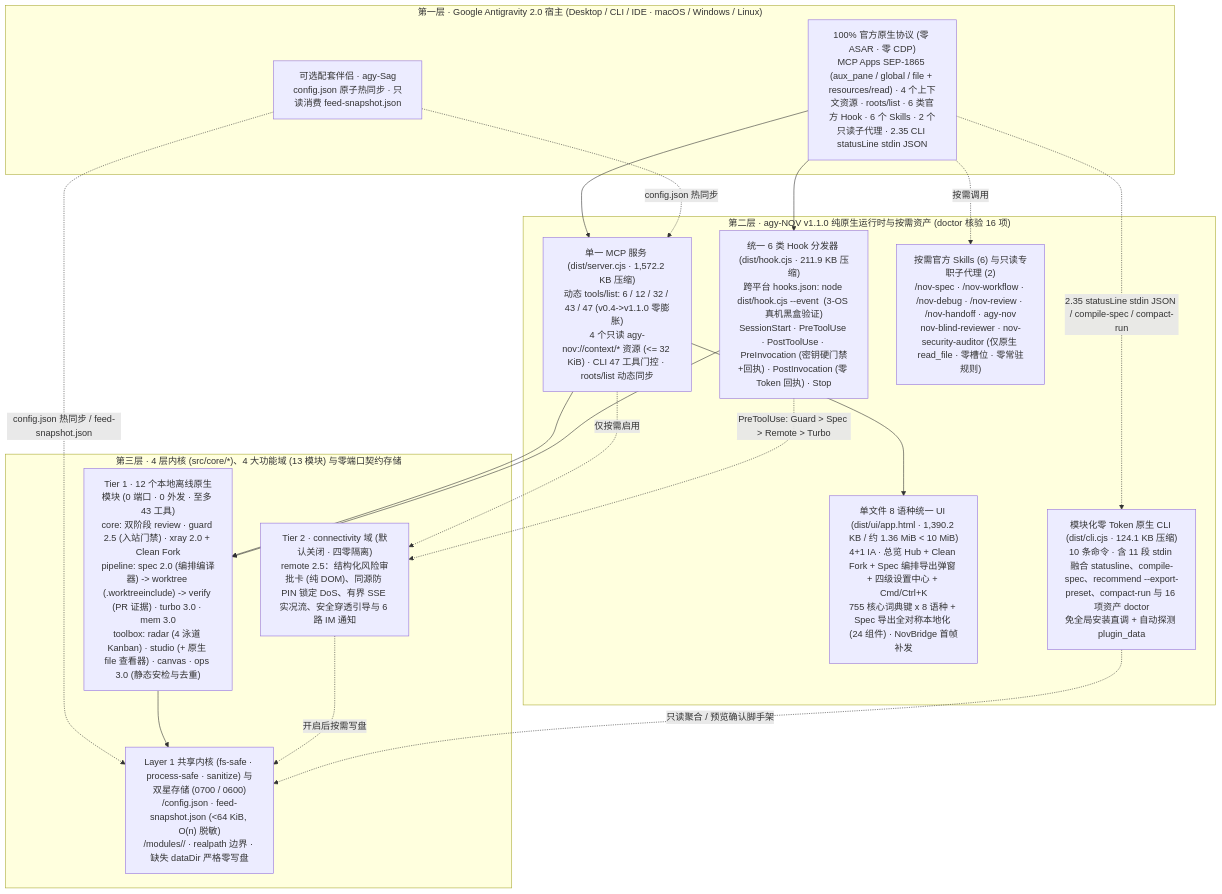
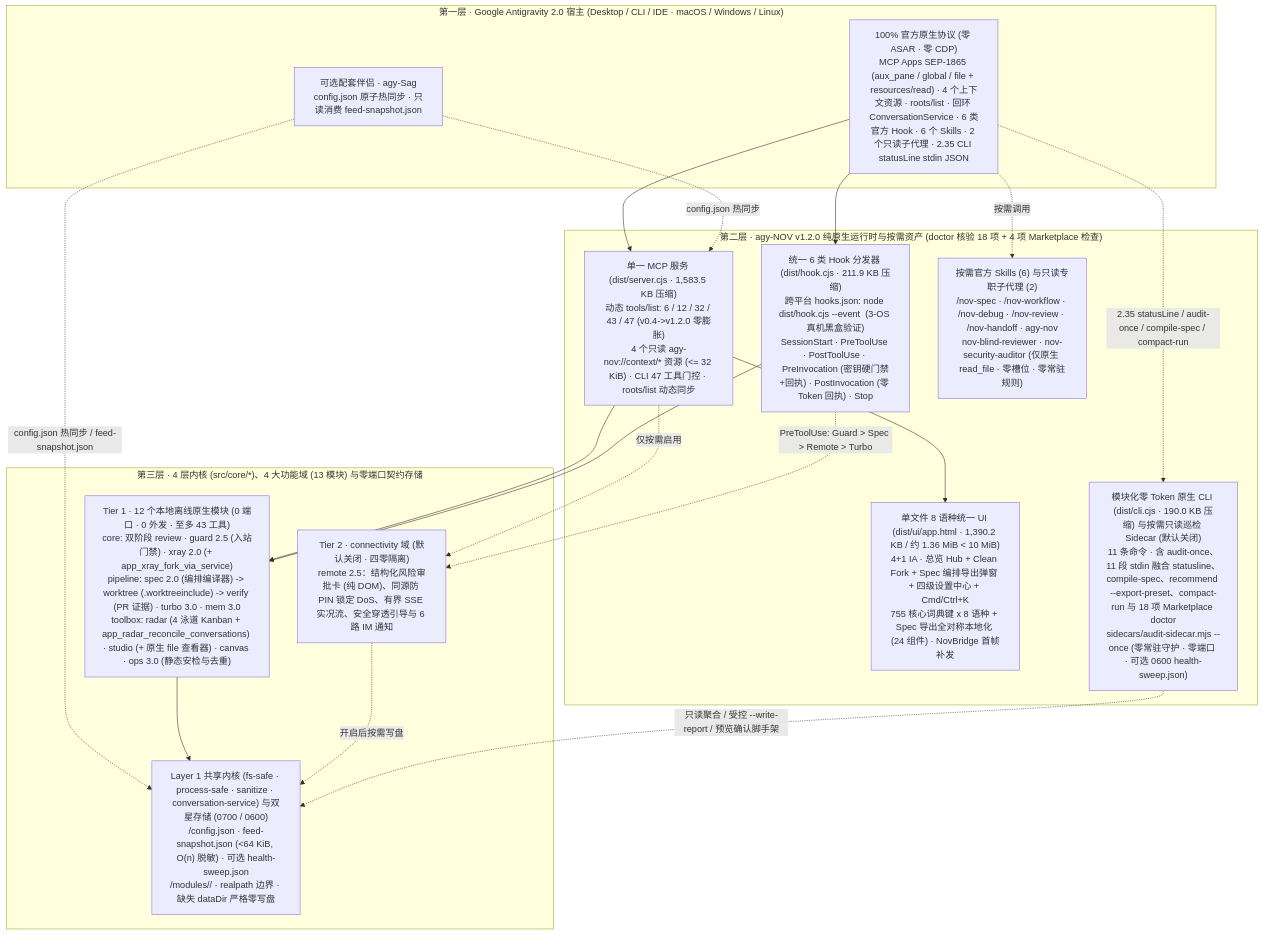
One commit to tone-leh/agy-NOV changed the diagram in docs/i18n/README.zh-CN.md. Above: the diagram before and after it, drawn with Mermaid. The commit also changed other lines of this file and 38 other files, not shown here.

Commit message:
feat(v1.2.0): opt-in read-only audit sidecar, loopback ConversationService bridge & Marketplace readiness

````diff
--- a/docs/i18n/README.zh-CN.md
+++ b/docs/i18n/README.zh-CN.md
@@ -271,36 +279,36 @@
 ```mermaid
 flowchart TB
   subgraph L1["第一层 · Google Antigravity 2.0 宿主 (Desktop / CLI / IDE · macOS / Windows / Linux)"]
-    Host["100% 官方原生协议 (零 ASAR · 零 CDP)\nMCP Apps SEP-1865 (aux_pane / global / file + resources/read) · 4 个上下文资源 · roots/list · 6 类官方 Hook · 6 个 Skills · 2 个只读子代理 · 2.35 CLI statusLine stdin JSON"]
+    Host["100% 官方原生协议 (零 ASAR · 零 CDP)\nMCP Apps SEP-1865 (aux_pane / global / file + resources/read) · 4 个上下文资源 · roots/list · 回环 ConversationService · 6 类官方 Hook · 6 个 Skills · 2 个只读子代理 · 2.35 CLI statusLine stdin JSON"]
     Sag["可选配套伴侣 · agy-Sag\nconfig.json 原子热同步 · 只读消费 feed-snapshot.json"]
   end
 
-  subgraph L2["第二层 · agy-NOV v1.1.0 纯原生运行时与按需资产 (doctor 核验 16 项)"]
-    MCP["单一 MCP 服务 (dist/server.cjs · 1,572.2 KB 压缩)\n动态 tools/list: 6 / 12 / 32 / 43 / 47 (v0.4->v1.1.0 零膨胀)\n4 个只读 agy-nov://context/* 资源 (<= 32 KiB) · CLI 47 工具门控 · roots/list 动态同步"]
+  subgraph L2["第二层 · agy-NOV v1.2.0 纯原生运行时与按需资产 (doctor 核验 18 项 + 4 项 Marketplace 检查)"]
+    MCP["单一 MCP 服务 (dist/server.cjs · 1,583.5 KB 压缩)\n动态 tools/list: 6 / 12 / 32 / 43 / 47 (v0.4->v1.2.0 零膨胀)\n4 个只读 agy-nov://context/* 资源 (<= 32 KiB) · CLI 47 工具门控 · roots/list 动态同步"]
     Hook["统一 6 类 Hook 分发器 (dist/hook.cjs · 211.9 KB 压缩)\n跨平台 hooks.json: node dist/hook.cjs --event <Event> (3-OS 真机黑盒验证)\nSessionStart · PreToolUse · PostToolUse · PreInvocation (密钥硬门禁+回执) · PostInvocation (零 Token 回执) · Stop"]
     UI["单文件 8 语种统一 UI (dist/ui/app.html · 1,390.2 KB / 约 1.36 MiB < 10 MiB)\n4+1 IA · 总览 Hub + Clean Fork + Spec 编排导出弹窗 + 四级设置中心 + Cmd/Ctrl+K\n755 核心词典键 x 8 语种 + Spec 导出全对称本地化 (24 组件) · NovBridge 首帧补发"]
     Playbooks["按需官方 Skills (6) 与只读专职子代理 (2)\n/nov-spec · /nov-workflow · /nov-debug · /nov-review · /nov-handoff · agy-nov\nnov-blind-reviewer · nov-security-auditor (仅原生 read_file · 零槽位 · 零常驻规则)"]
-    CLI["模块化零 Token 原生 CLI (dist/cli.cjs · 124.1 KB 压缩)\n10 条命令 · 含 11 段 stdin 融合 statusline、compile-spec、recommend --export-preset、compact-run 与 16 项资产 doctor\n免全局安装直调 + 自动探测 plugin_data"]
+    CLI["模块化零 Token 原生 CLI (dist/cli.cjs · 190.0 KB 压缩) 与按需只读巡检 Sidecar (默认关闭)\n11 条命令 · 含 audit-once、11 段 stdin 融合 statusline、compile-spec、recommend --export-preset、compact-run 与 18 项 Marketplace doctor\nsidecars/audit-sidecar.mjs --once (零常驻守护 · 零端口 · 可选 0600 health-sweep.json)"]
   end
 
   subgraph L3["第三层 · 4 层内核 (src/core/*)、4 大功能域 (13 模块) 与零端口契约存储"]
-    T1["Tier 1 · 12 个本地离线原生模块 (0 端口 · 0 外发 · 至多 43 工具)\ncore: 双阶段 review · guard 2.5 (入站门禁) · xray 2.0 + Clean Fork\npipeline: spec 2.0 (编排编译器) -> worktree (.worktreeinclude) -> verify (PR 证据) · turbo 3.0 · mem 3.0\ntoolbox: radar (4 泳道 Kanban) · studio (+ 原生 file 查看器) · canvas · ops 3.0 (静态安检与去重)"]
+    T1["Tier 1 · 12 个本地离线原生模块 (0 端口 · 0 外发 · 至多 43 工具)\ncore: 双阶段 review · guard 2.5 (入站门禁) · xray 2.0 (+ app_xray_fork_via_service)\npipeline: spec 2.0 (编排编译器) -> worktree (.worktreeinclude) -> verify (PR 证据) · turbo 3.0 · mem 3.0\ntoolbox: radar (4 泳道 Kanban + app_radar_reconcile_conversations) · studio (+ 原生 file 查看器) · canvas · ops 3.0 (静态安检与去重)"]
     T2R["Tier 2 · connectivity 域 (默认关闭 · 四零隔离)\nremote 2.5：结构化风险审批卡 (纯 DOM)、同源防 PIN 锁定 DoS、有界 SSE 实况流、安全穿透引导与 6 路 IM 通知"]
-    Store["Layer 1 共享内核 (fs-safe · process-safe · sanitize) 与双星存储 (0700 / 0600)\n<dataDir>/config.json · feed-snapshot.json (<64 KiB, O(n) 脱敏)\n<dataDir>/modules/<id>/ · realpath 边界 · 缺失 dataDir 严格零写盘"]
+    Store["Layer 1 共享内核 (fs-safe · process-safe · sanitize · conversation-service) 与双星存储 (0700 / 0600)\n<dataDir>/config.json · feed-snapshot.json (<64 KiB, O(n) 脱敏) · 可选 health-sweep.json\n<dataDir>/modules/<id>/ · realpath 边界 · 缺失 dataDir 严格零写盘"]
   end
 
   Host --> MCP
   Host --> Hook
   Host -. "按需调用" .-> Playbooks
-  Host -. "2.35 statusLine stdin JSON / compile-spec / compact-run" .-> CLI
+  Host -. "2.35 statusLine / audit-once / compile-spec / compact-run" .-> CLI
   Sag -. "config.json 热同步 / feed-snapshot.json" .-> Store
   Sag -. "config.json 热同步" .-> MCP
   MCP --> UI
   MCP --> T1
   MCP -. "仅按需启用" .-> T2R
   Hook --> T1
   Hook -. "PreToolUse: Guard > Spec > Remote > Turbo" .-> T2R
   T1 --> Store
   T2R -. "开启后按需写盘" .-> Store
-  CLI -. "只读聚合 / 预览确认脚手架" .-> Store
+  CLI -. "只读聚合 / 受控 --write-report / 预览确认脚手架" .-> Store
 ```
````
